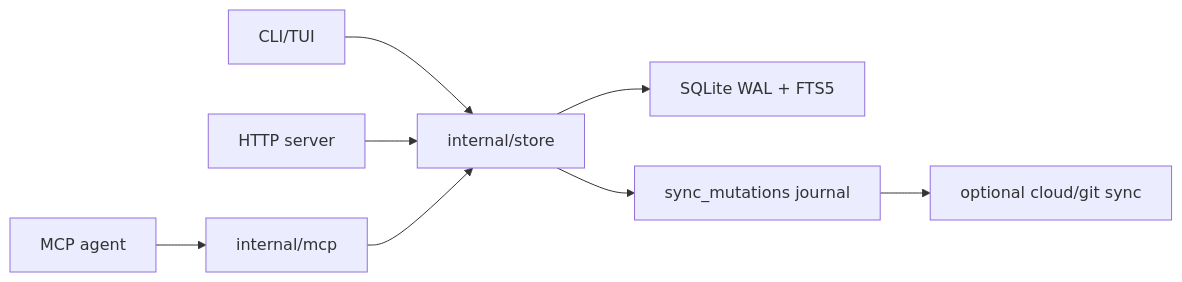
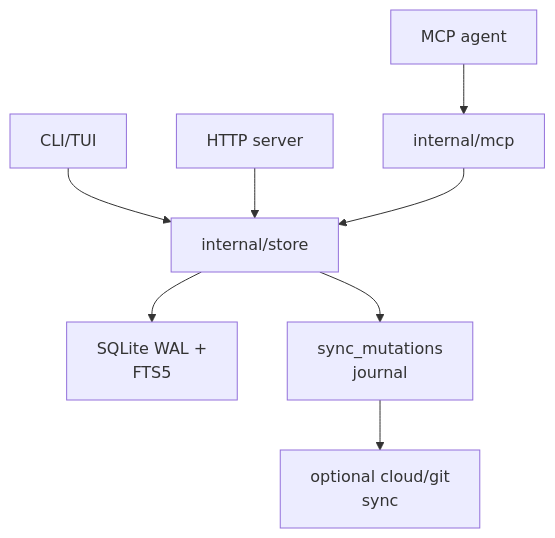
One commit to neoneye/agent-memory-atlas changed the diagram in content/systems/engram.md. Above: the diagram before and after it, drawn with Mermaid. The commit also changed 99 other files, not shown here.

First line of the commit message:
Reshape the remaining 49 diagrams so their labels are legible

````diff
--- a/content/systems/engram.md
+++ b/content/systems/engram.md
@@ -83,10 +83,10 @@
 ```mermaid
-flowchart LR
+flowchart TD
   Agent["MCP agent"] --> MCP["internal/mcp"]
   CLI["CLI/TUI"] --> Store["internal/store"]
   HTTP["HTTP server"] --> Store
   MCP --> Store
-  Store --> SQLite["SQLite WAL + FTS5"]
-  Store --> Sync["sync_mutations journal"]
-  Sync --> Cloud["optional cloud/git sync"]
+  Store --> SQLite["SQLite WAL +<br/>FTS5"]
+  Store --> Sync["sync_mutations<br/>journal"]
+  Sync --> Cloud["optional cloud/git<br/>sync"]
 ```
````
